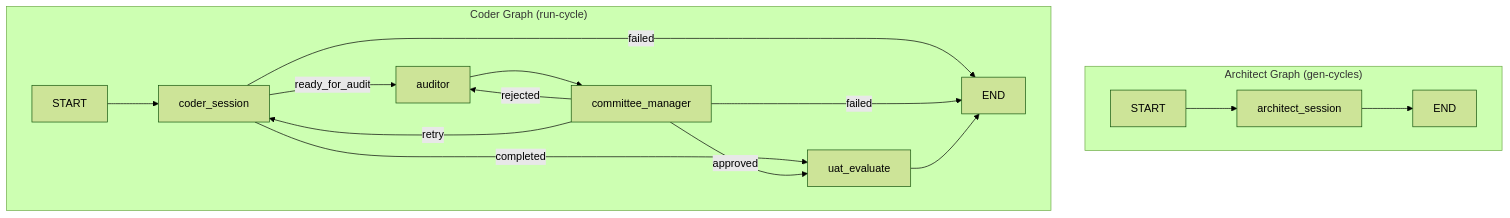
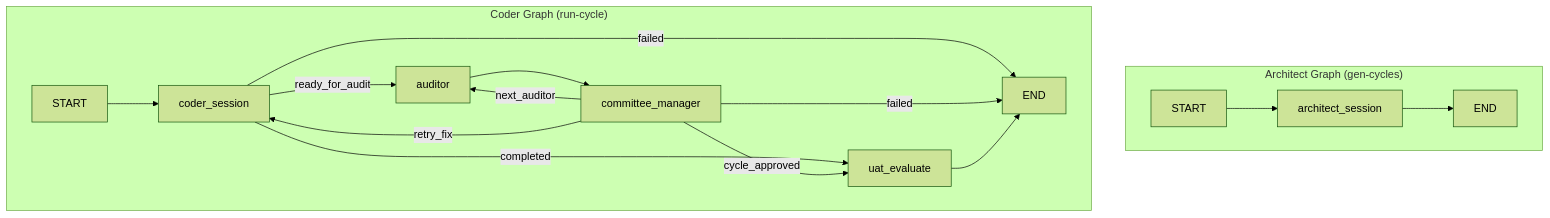
Before and after one commit to tsuyama1990/ac-cdd: the diagram in dev_flow.md, drawn with Mermaid (forest theme). The commit also changed 21 other files, not shown here.

````diff
--- a/dev_flow.md
+++ b/dev_flow.md
@@ -42,23 +42,23 @@
 ```mermaid
 graph TB
     subgraph "Architect Graph (gen-cycles)"
         A1[START] --> A2[architect_session]
         A2 --> A3[END]
     end
     
     subgraph "Coder Graph (run-cycle)"
         C1[START] --> C2[coder_session]
         C2 -->|ready_for_audit| C3[auditor]
         C2 -->|failed| C4[END]
         C2 -->|completed| C5[uat_evaluate]
         
-        C3 --> C6[committee_manager]
+        C3[auditor] --> C6[committee_manager]
         
-        C6 -->|approved| C5
-        C6 -->|rejected| C3
-        C6 -->|retry| C2
+        C6 -->|cycle_approved| C5
+        C6 -->|next_auditor| C3
+        C6 -->|retry_fix| C2
         C6 -->|failed| C4
         
         C5 --> C4
     end
 ```
````
